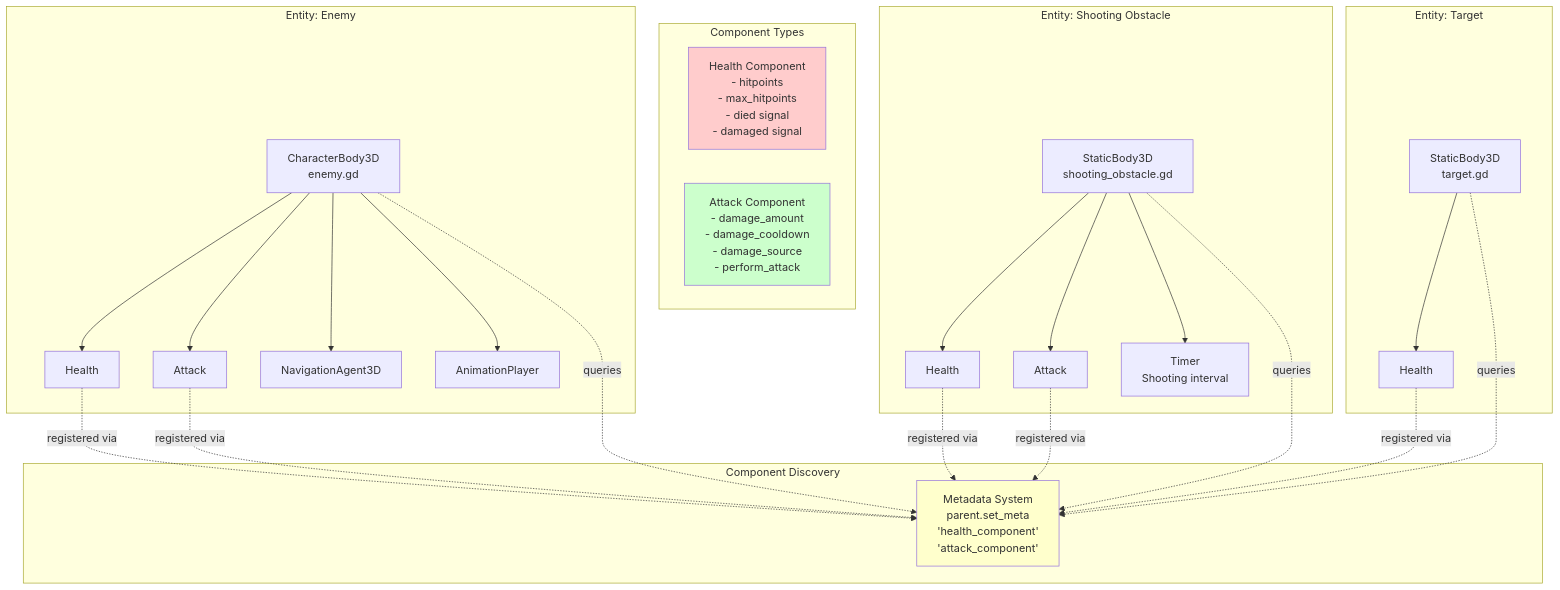
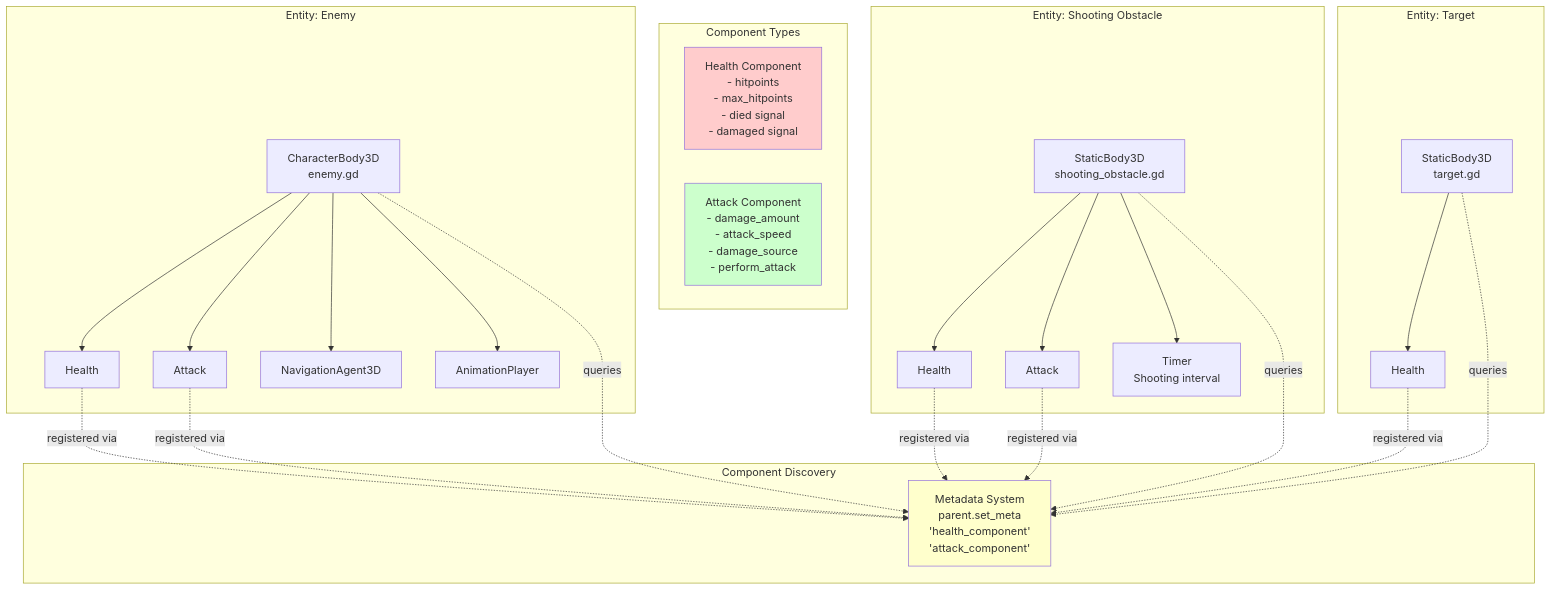
Before and after one commit to saebyn/godot-tower-defense: the second of 8 diagrams in docs/ARCHITECTURE.md, drawn with Mermaid. The commit also changed 15 other files, not shown here.

Commit message:
Refactor attack mechanics: replace damage_cooldown with attack_speed for consistency across components

````diff
--- a/docs/ARCHITECTURE.md
+++ b/docs/ARCHITECTURE.md
@@ -117,56 +117,56 @@
 ```mermaid
 graph TB
     subgraph "Component Types"
         Health[Health Component<br/>- hitpoints<br/>- max_hitpoints<br/>- died signal<br/>- damaged signal]
-        Attack[Attack Component<br/>- damage_amount<br/>- damage_cooldown<br/>- damage_source<br/>- perform_attack]
+        Attack[Attack Component<br/>- damage_amount<br/>- attack_speed<br/>- damage_source<br/>- perform_attack]
     end
     
     subgraph "Entity: Enemy"
         Enemy[CharacterBody3D<br/>enemy.gd]
         EnemyHealth[Health]
         EnemyAttack[Attack]
         EnemyNav[NavigationAgent3D]
         EnemyAnim[AnimationPlayer]
         
         Enemy --> EnemyHealth
         Enemy --> EnemyAttack
         Enemy --> EnemyNav
         Enemy --> EnemyAnim
     end
     
     subgraph "Entity: Shooting Obstacle"
         Obstacle[StaticBody3D<br/>shooting_obstacle.gd]
         ObstacleHealth[Health]
         ObstacleAttack[Attack]
         ObstacleTimer[Timer<br/>Shooting interval]
         
         Obstacle --> ObstacleHealth
         Obstacle --> ObstacleAttack
         Obstacle --> ObstacleTimer
     end
     
     subgraph "Entity: Target"
         Target[StaticBody3D<br/>target.gd]
         TargetHealth[Health]
         
         Target --> TargetHealth
     end
     
     subgraph "Component Discovery"
         Metadata[Metadata System<br/>parent.set_meta<br/>'health_component'<br/>'attack_component']
     end
     
     EnemyHealth -.registered via.-> Metadata
     EnemyAttack -.registered via.-> Metadata
     ObstacleHealth -.registered via.-> Metadata
     ObstacleAttack -.registered via.-> Metadata
     TargetHealth -.registered via.-> Metadata
     
     Enemy -.queries.-> Metadata
     Obstacle -.queries.-> Metadata
     Target -.queries.-> Metadata
     
     style Health fill:#ffcccc
     style Attack fill:#ccffcc
     style Metadata fill:#ffffcc
 ```
````
